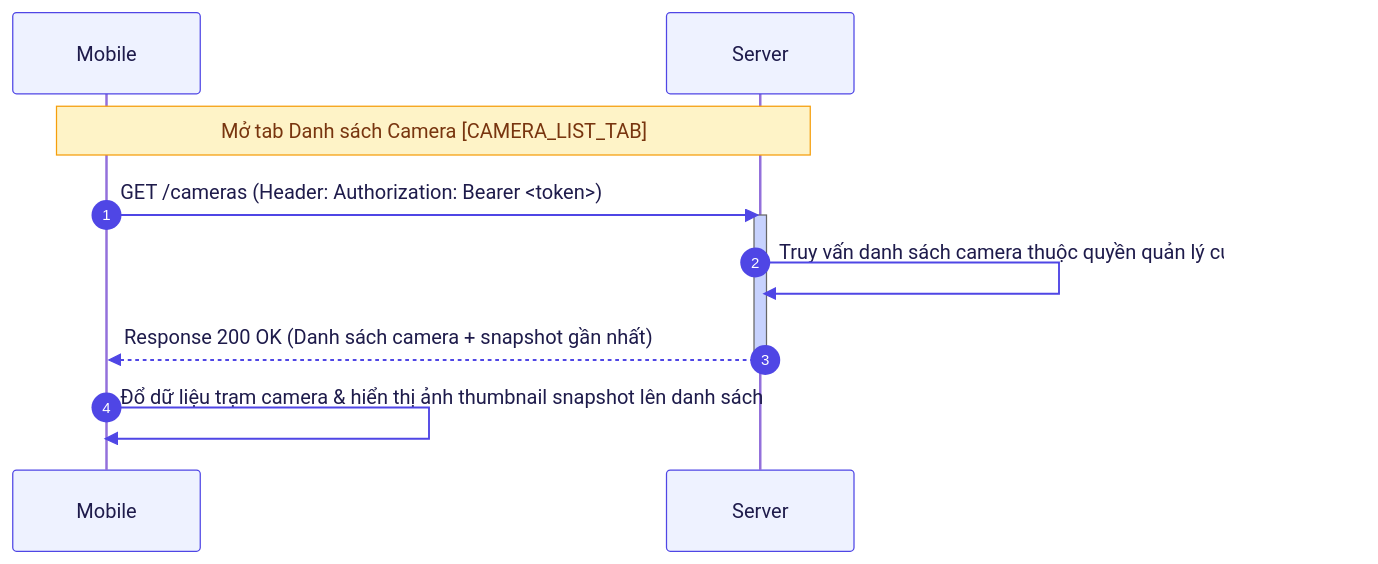
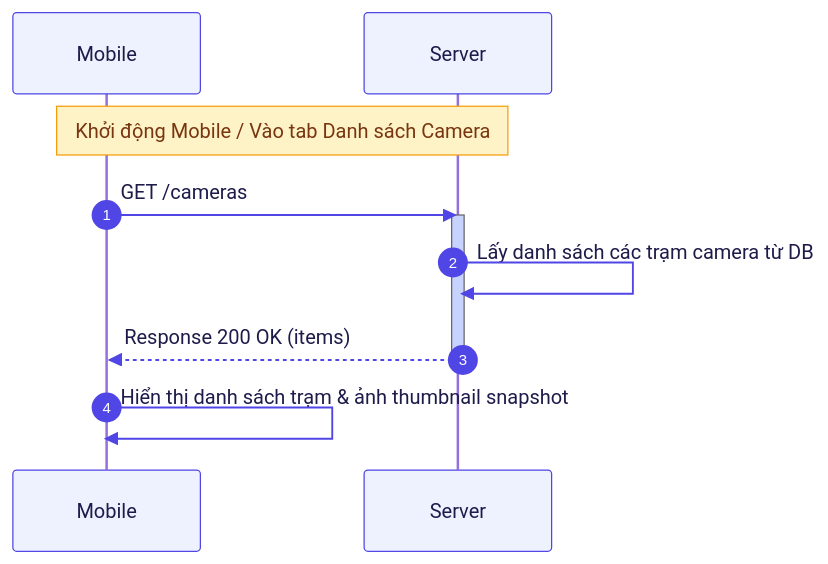
The third of 12 diagrams in docs/on-tap-he-thong.md (trungnguyenthien/Wildlife-Warning-and-Deterrence-System), drawn with Mermaid before and after one commit. The commit also changed other lines of this file, not shown here.

````diff
--- a/docs/on-tap-he-thong.md
+++ b/docs/on-tap-he-thong.md
@@ -185,44 +191,44 @@
 ```mermaid
 %%{init: {
   'theme': 'default',
   'sequence': {
     'rightAngles': true,
     'messageAlign': 'left',
     'messageMargin': 40,
     'actorMargin': 80
   },
   'themeVariables': {
     'primaryColor': '#EEF2FF',
     'primaryTextColor': '#1E1B4B',
     'primaryBorderColor': '#6366F1',
     'lineColor': '#4F46E5',
     'secondaryColor': '#F0FDFA',
     'actorBkg': '#EEF2FF',
     'actorBorder': '#4F46E5',
     'actorTextColor': '#1E1B4B',
     'signalColor': '#4F46E5',
     'signalTextColor': '#1E1B4B',
     'labelBoxBkgColor': '#F8FAFC',
     'labelBoxBorderColor': '#818CF8',
     'labelTextColor': '#0F172A',
     'loopTextColor': '#4F46E5',
     'noteBkgColor': '#FEF3C7',
     'noteTextColor': '#78350F',
     'noteBorderColor': '#F59E0B',
     'activationBkgColor': '#C7D2FE',
     'sequenceNumberColor': '#FFFFFF'
   }
 }}%%
 sequenceDiagram
     autonumber
     participant Mobile as Mobile
     participant Server as Server
 
-    Note over Mobile, Server: Mở tab Danh sách Camera [CAMERA_LIST_TAB]
-    Mobile->>Server: GET /cameras (Header: Authorization: Bearer <token>)
+    Note over Mobile, Server: Khởi động Mobile / Vào tab Danh sách Camera
+    Mobile->>Server: GET /cameras
     activate Server
-    Server->>Server: Truy vấn danh sách camera thuộc quyền quản lý của Ranger từ DB
-    Server-->>Mobile: Response 200 OK (Danh sách camera + snapshot gần nhất)
+    Server->>Server: Lấy danh sách các trạm camera từ DB
+    Server-->>Mobile: Response 200 OK (items)
     deactivate Server
-    Mobile->>Mobile: Đổ dữ liệu trạm camera & hiển thị ảnh thumbnail snapshot lên danh sách
+    Mobile->>Mobile: Hiển thị danh sách trạm & ảnh thumbnail snapshot
 ```
````
